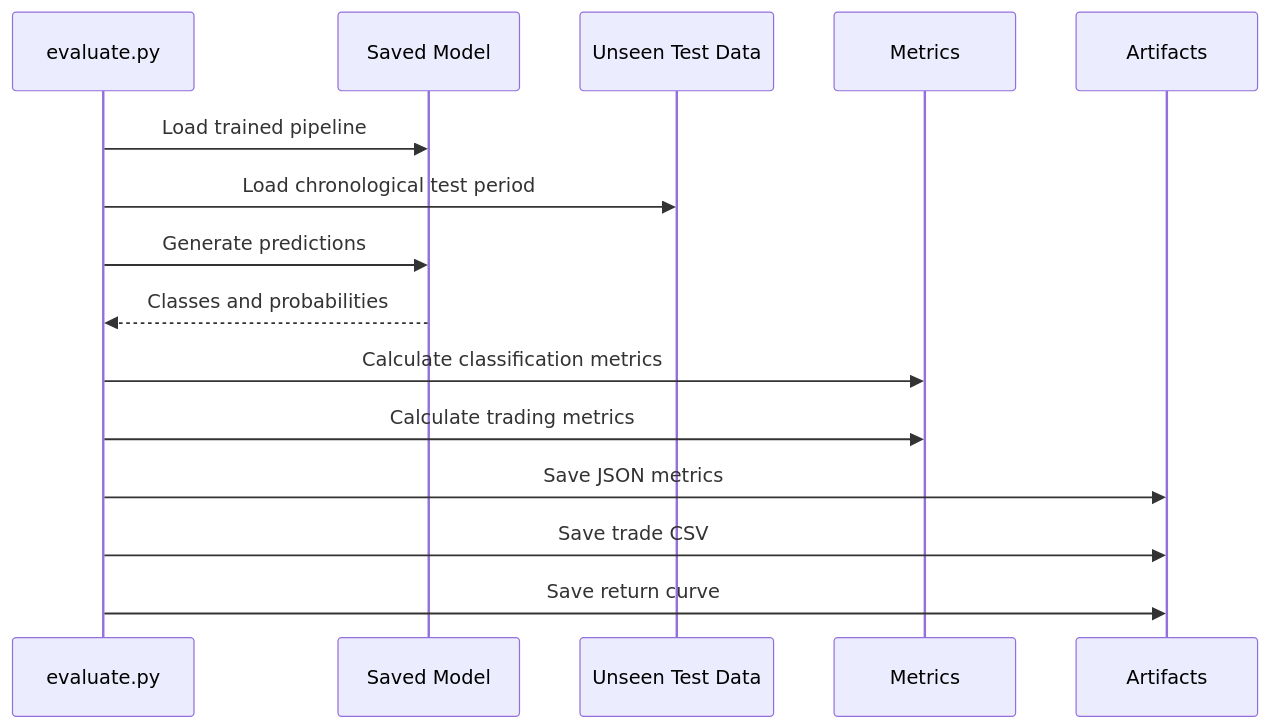
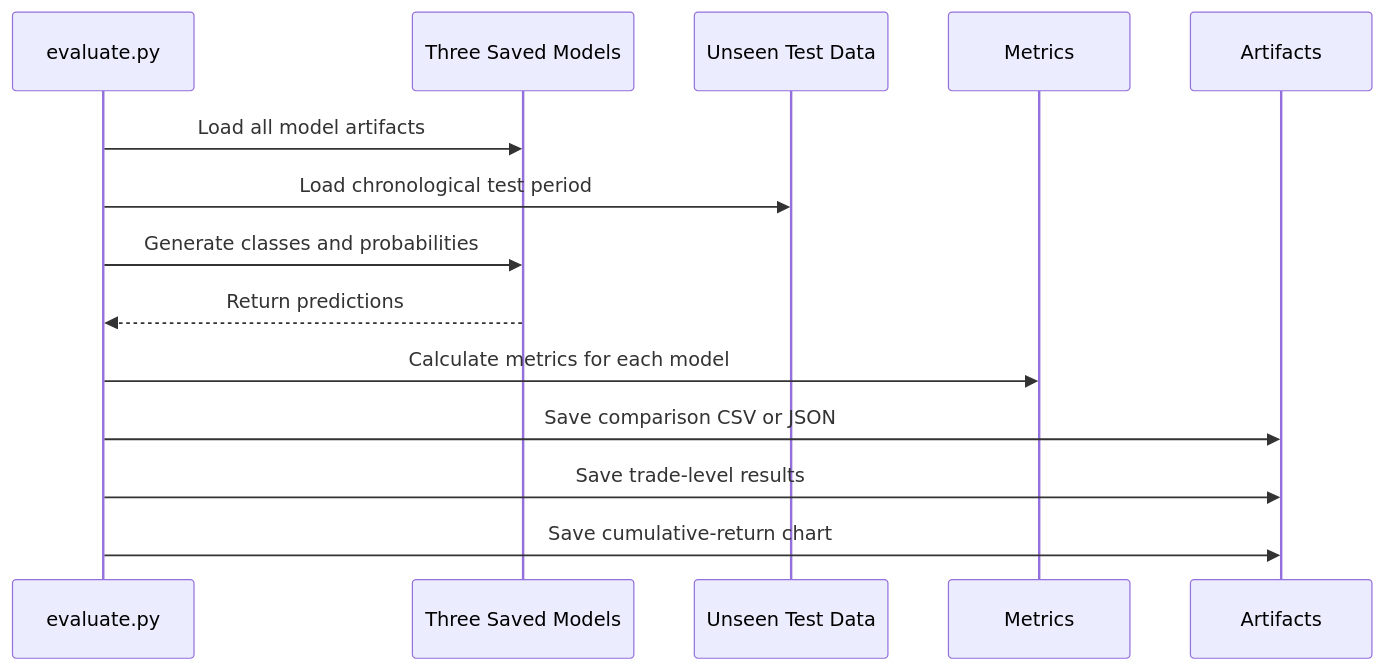
The eighth of 15 diagrams in docs/architecture.md (chauhanmuskan291980-wq/gold-price-direction-predictor), drawn with Mermaid before and after one commit. The commit also changed other lines of this file and 2 other files, not shown here.

Commit message:
docs: align documentation with three-model architecture and updated API

````diff
--- a/docs/architecture.md
+++ b/docs/architecture.md
@@ -503,18 +489,18 @@
 ```mermaid
 sequenceDiagram
     participant Evaluate as evaluate.py
-    participant Model as Saved Model
+    participant Models as Three Saved Models
     participant Test as Unseen Test Data
     participant Metrics
     participant Artifacts
 
-    Evaluate->>Model: Load trained pipeline
+    Evaluate->>Models: Load all model artifacts
     Evaluate->>Test: Load chronological test period
-    Evaluate->>Model: Generate predictions
-    Model-->>Evaluate: Classes and probabilities
-    Evaluate->>Metrics: Calculate classification metrics
-    Evaluate->>Metrics: Calculate trading metrics
-    Evaluate->>Artifacts: Save JSON metrics
-    Evaluate->>Artifacts: Save trade CSV
-    Evaluate->>Artifacts: Save return curve
+    Evaluate->>Models: Generate classes and probabilities
+    Models-->>Evaluate: Return predictions
+
+    Evaluate->>Metrics: Calculate metrics for each model
+    Evaluate->>Artifacts: Save comparison CSV or JSON
+    Evaluate->>Artifacts: Save trade-level results
+    Evaluate->>Artifacts: Save cumulative-return chart
 ```
````
